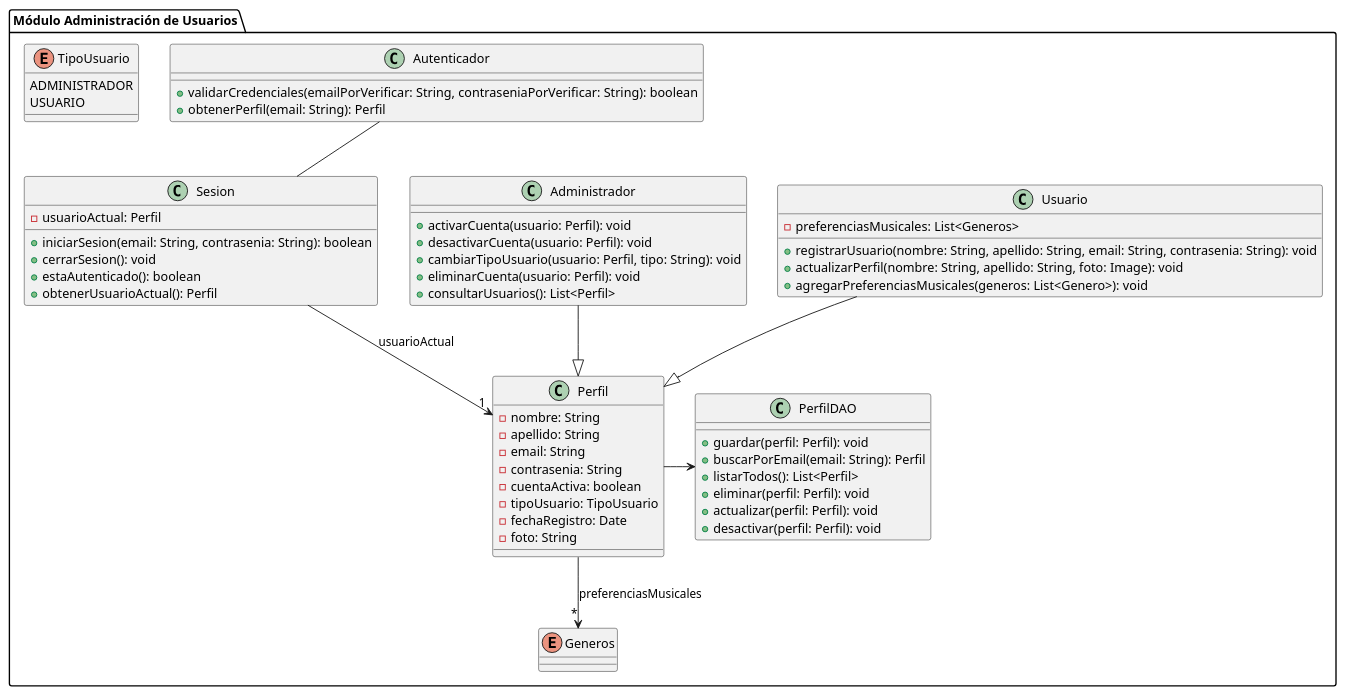
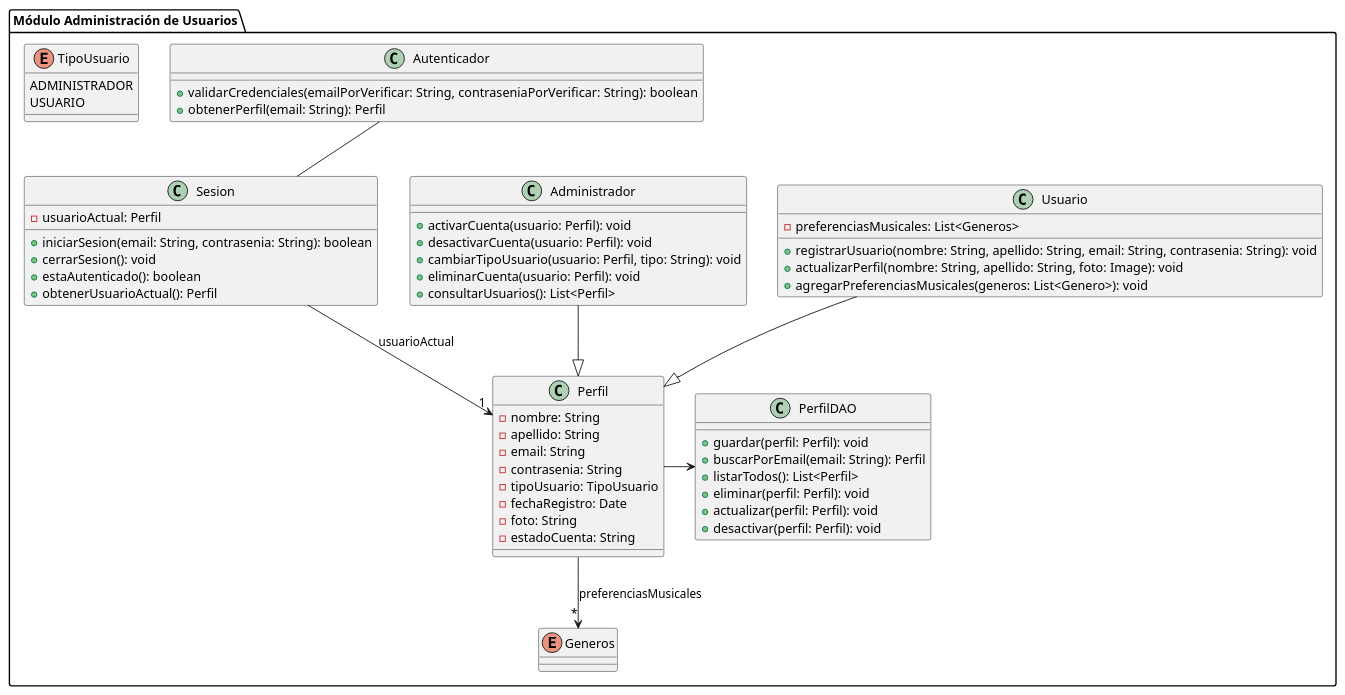
Before and after one commit to BaphomeT-T/InkHarmony: the diagram in design/DiagramaAdministracionUsuarios.puml, drawn with PlantUML. The commit also changed 12 other files, not shown here.

```diff
--- a/design/DiagramaAdministracionUsuarios.puml
+++ b/design/DiagramaAdministracionUsuarios.puml
@@ -1,72 +1,72 @@
 @startuml
 
 package "Módulo Administración de Usuarios" {
 
 class Perfil {
 - nombre: String
 - apellido: String
 - email: String
 - contrasenia: String
-- cuentaActiva: boolean
 - tipoUsuario: TipoUsuario
 - fechaRegistro: Date
 - foto: String
+- estadoCuenta: String
 }
 
 class Usuario {
 - preferenciasMusicales: List<Generos>
 + registrarUsuario(nombre: String, apellido: String, email: String, contrasenia: String): void
 + actualizarPerfil(nombre: String, apellido: String, foto: Image): void
 + agregarPreferenciasMusicales(generos: List<Genero>): void
 }
 
 class Administrador {
 + activarCuenta(usuario: Perfil): void
 + desactivarCuenta(usuario: Perfil): void
 + cambiarTipoUsuario(usuario: Perfil, tipo: String): void
 + eliminarCuenta(usuario: Perfil): void
 + consultarUsuarios(): List<Perfil>
 }
 
 class Autenticador {
 + validarCredenciales(emailPorVerificar: String, contraseniaPorVerificar: String): boolean
 + obtenerPerfil(email: String): Perfil
 }
 
 class Sesion {
 - usuarioActual: Perfil
 + iniciarSesion(email: String, contrasenia: String): boolean
 + cerrarSesion(): void
 + estaAutenticado(): boolean
 + obtenerUsuarioActual(): Perfil
 }
 
 enum Generos {
 
 }
 enum TipoUsuario {
     ADMINISTRADOR
     USUARIO
 }
 
 
 class PerfilDAO {
 + guardar(perfil: Perfil): void
 + buscarPorEmail(email: String): Perfil
 + listarTodos(): List<Perfil>
 + eliminar(perfil: Perfil): void
 + actualizar(perfil: Perfil): void
 + desactivar(perfil: Perfil): void
 }
 
 Autenticador --  Sesion
 Sesion --> "1" Perfil: usuarioActual
 Perfil --> "*" Generos : preferenciasMusicales
 Usuario --|> Perfil
 Administrador --|> Perfil
 Perfil -> PerfilDAO
 
 
 }
 
 @enduml
```
